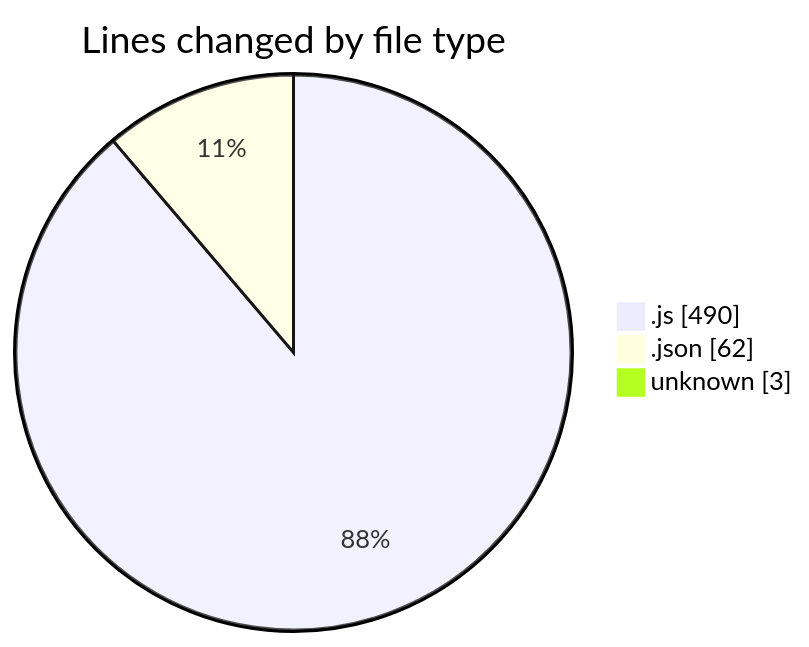
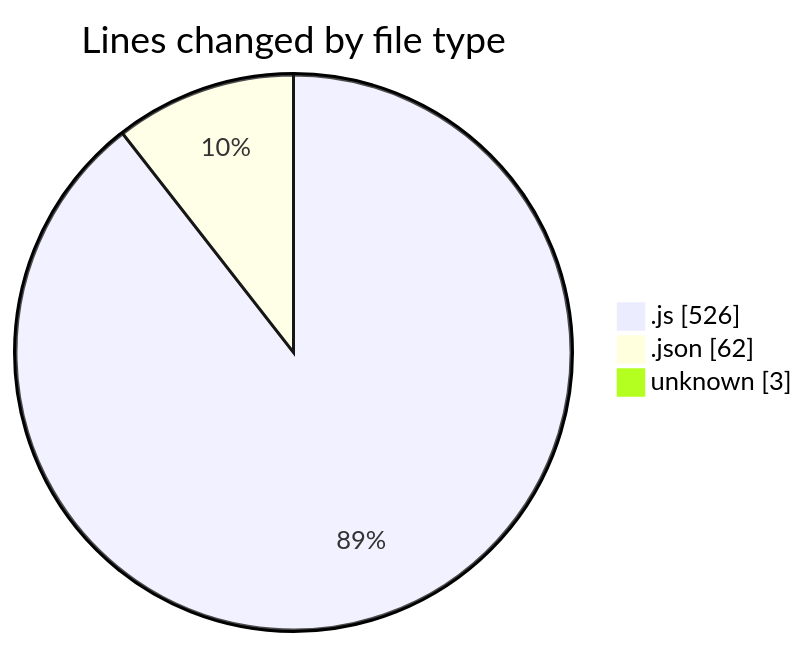
Before and after one commit to Ritupan-Deka/code-tracking: the first of 2 diagrams in 2025-07-02/mern-thinkboard/README.md, drawn with Mermaid. The commit also changed other lines of this file and 1 other file, not shown here.

````diff
--- a/2025-07-02/mern-thinkboard/README.md
+++ b/2025-07-02/mern-thinkboard/README.md
@@ -29,7 +29,7 @@
 ```mermaid
 pie showData
 title Lines changed by file type
-".js" : 490
+".js" : 526
 ".json" : 62
 "unknown" : 3
 ```
````
